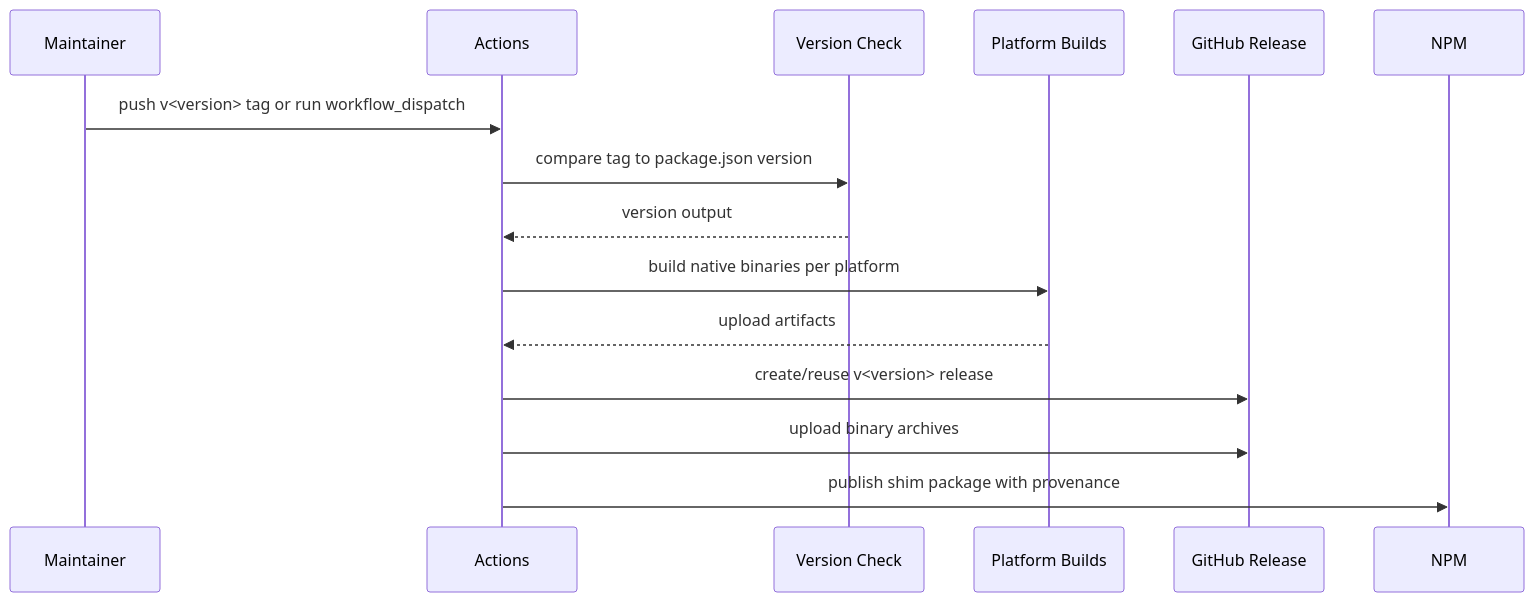
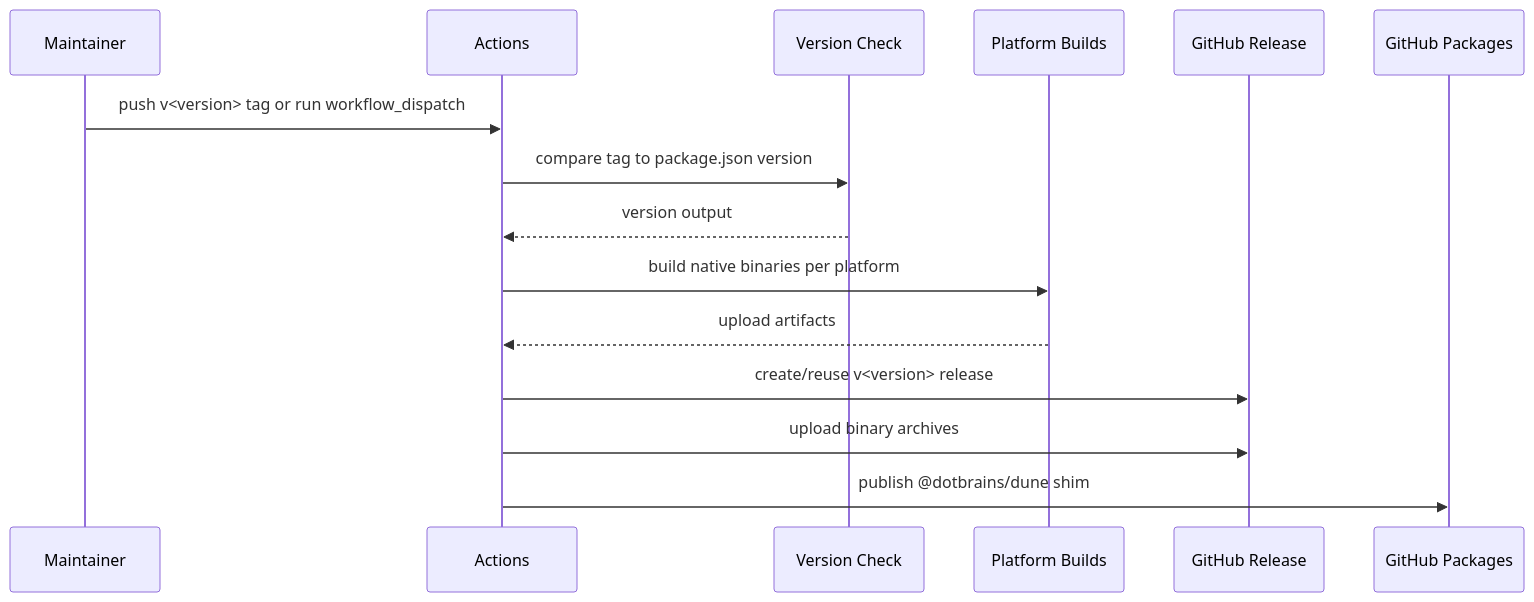
Before and after one commit to dotbrains/dune: the first of 2 diagrams in docs/releasing.md, drawn with Mermaid. The commit also changed other lines of this file and 7 other files, not shown here.

First line of the commit message:
ci: publish releases to GitHub Packages

````diff
--- a/docs/releasing.md
+++ b/docs/releasing.md
@@ -7,18 +7,18 @@
 ```mermaid
 sequenceDiagram
   participant Maintainer
   participant Actions
   participant Check as Version Check
   participant Build as Platform Builds
   participant Release as GitHub Release
-  participant NPM
+  participant Packages as GitHub Packages
 
   Maintainer->>Actions: push v<version> tag or run workflow_dispatch
   Actions->>Check: compare tag to package.json version
   Check-->>Actions: version output
   Actions->>Build: build native binaries per platform
   Build-->>Actions: upload artifacts
   Actions->>Release: create/reuse v<version> release
   Actions->>Release: upload binary archives
-  Actions->>NPM: publish shim package with provenance
+  Actions->>Packages: publish @dotbrains/dune shim
 ```
````
